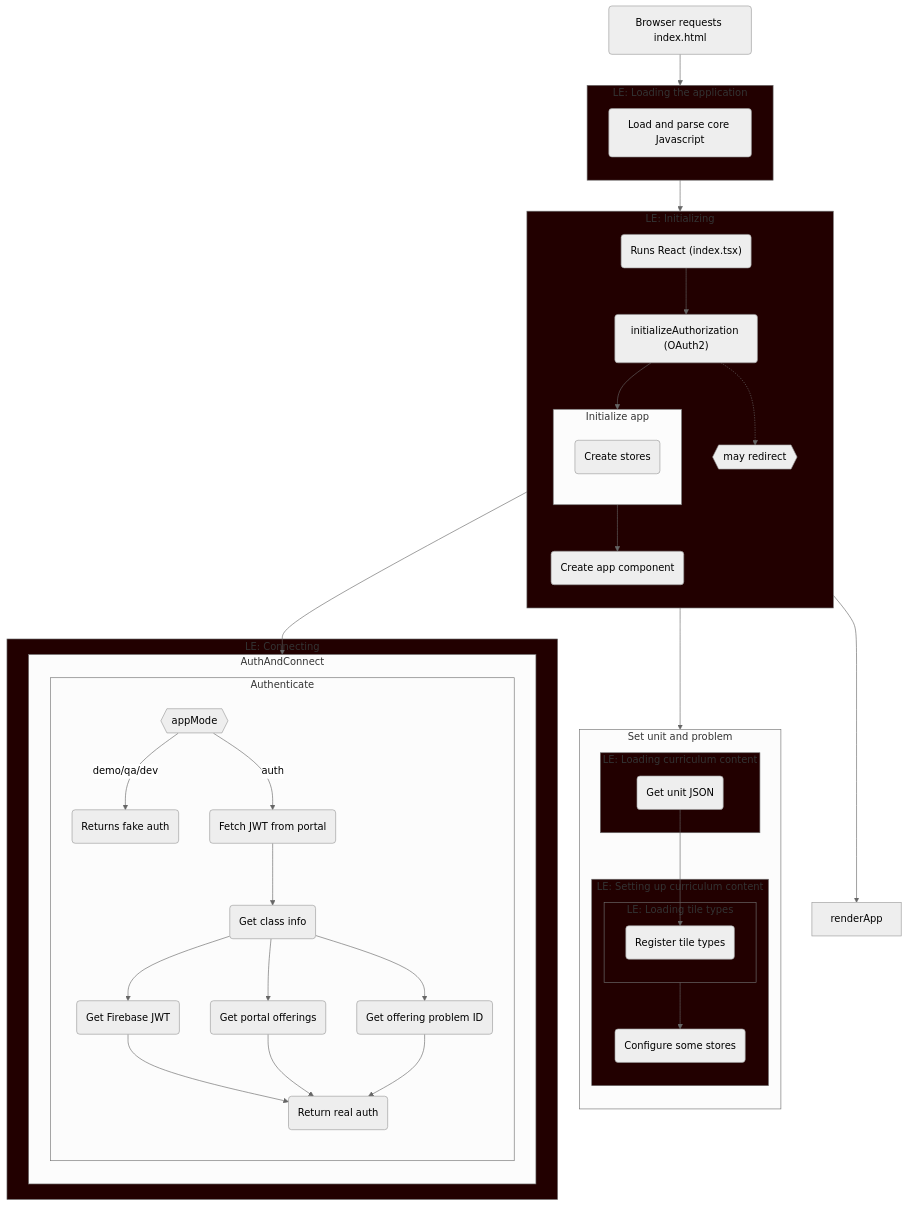
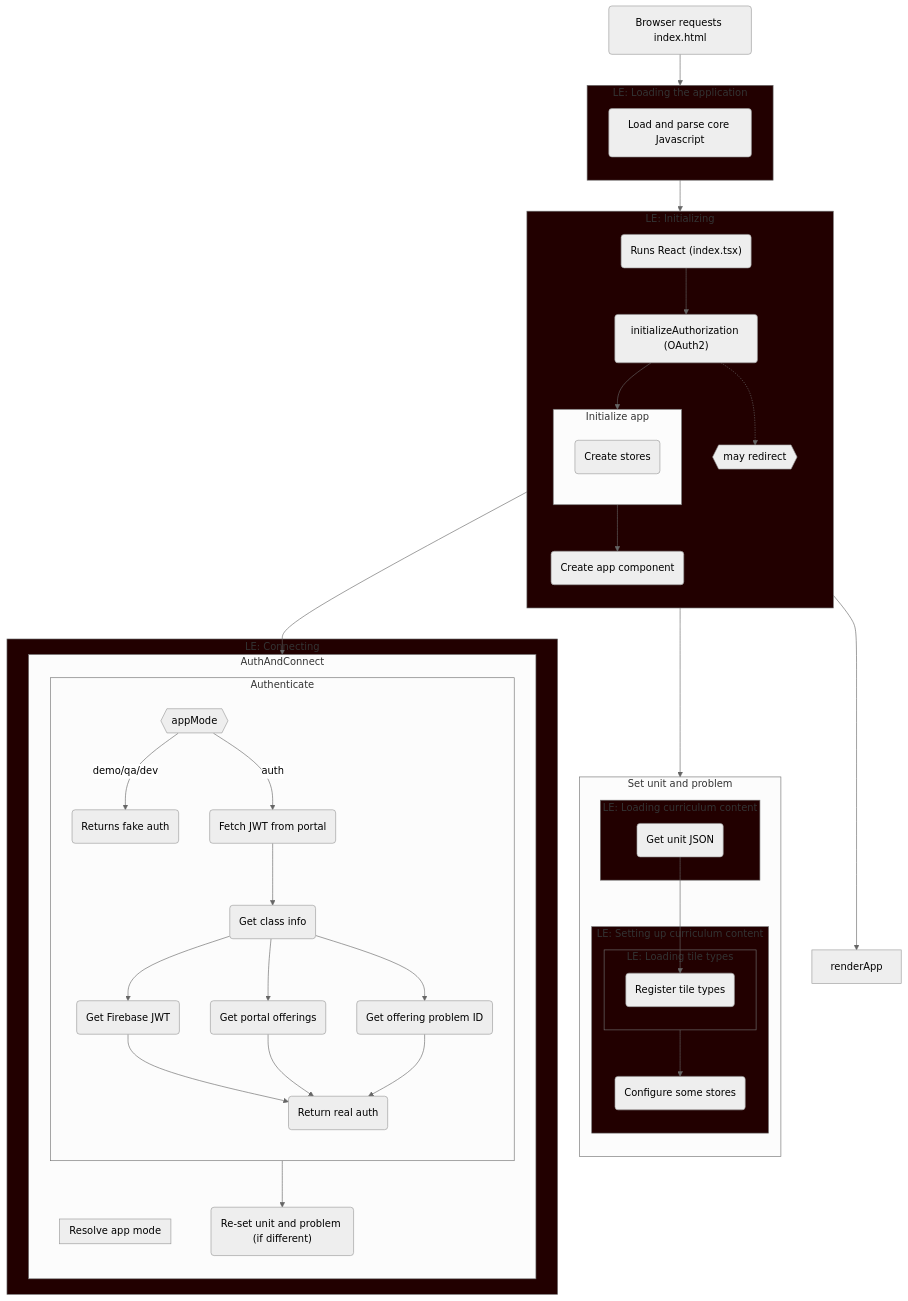
The diagram in docs/mermaid-test.md (concord-consortium/collaborative-learning), drawn with Mermaid (neutral theme) before and after one commit.

Commit message:
start resolveAppMode

````diff
--- a/docs/mermaid-test.md
+++ b/docs/mermaid-test.md
@@ -1,73 +1,80 @@
 ```mermaid
 flowchart TD
   req(Browser requests index.html)
   req --> load
 
   style load fill:#220000
   subgraph load [LE: Loading the application]
     direction TB
     parse(Load and parse core Javascript)
   end
   load --> init
 
   classDef loadingEvent fill:#220000
   class init loadingEvent
   subgraph init [LE: Initializing]
     direction TB
     indextsx("Runs React (index.tsx)")
     indextsx --> ia
     ia("initializeAuthorization (OAuth2)")
     ia -.-> restart{{may redirect}}
     ia --> initapp
     subgraph initapp [Initialize app]
       direction TB
       cs(Create stores)
     end
 
     initapp --> component("Create app component")
 
   end
 
   initapp --> sup
   subgraph sup [Set unit and problem]
     direction TB
     style loadingCurriculumContent fill:#220000
     subgraph loadingCurriculumContent [LE: Loading curriculum content]
       unit(Get unit JSON)
     end
     unit --> tiles
     style settingUpCurriculumContent fill:#220000
     subgraph settingUpCurriculumContent [LE: Setting up curriculum content]
       style loadingTileTypes fill:#220000
       subgraph loadingTileTypes [LE: Loading tile types]
         tiles(Register tile types)
       end
       configStores(Configure some stores)
       loadingTileTypes --> configStores
     end
   end
 
   component --> auth
   component --> renderApp
 
   style connecting fill:#220000
   subgraph connecting [LE: Connecting]
     subgraph auth [AuthAndConnect]
       direction TB
 
       subgraph authenticate [Authenticate]
         direction TB
         type{{appMode}}
         type -- demo/qa/dev --> demo
         type -- auth --> real1
         demo(Returns fake auth)
         real1(Fetch JWT from portal) --> real2(Get class info)
         real3(Get Firebase JWT)
         real4(Get portal offerings)
         real5(Get offering problem ID)
         real2 --> real3 & real4 & real5 --> real6
         real6(Return real auth)
       end
+
+      authenticate --> sup2
+      sup2("Re-set unit and problem (if different)")
+
+      subgraph ram [Resolve app mode]
+        direction TB
+      end
     end
   end
 ```
````
